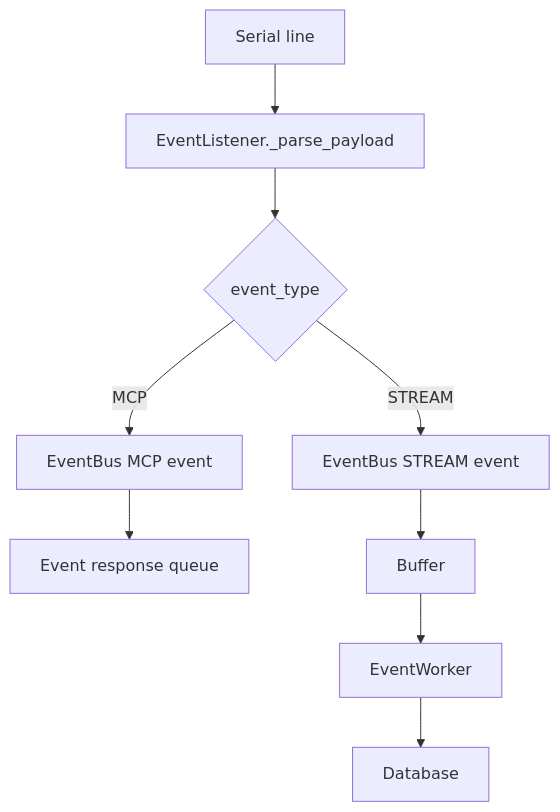
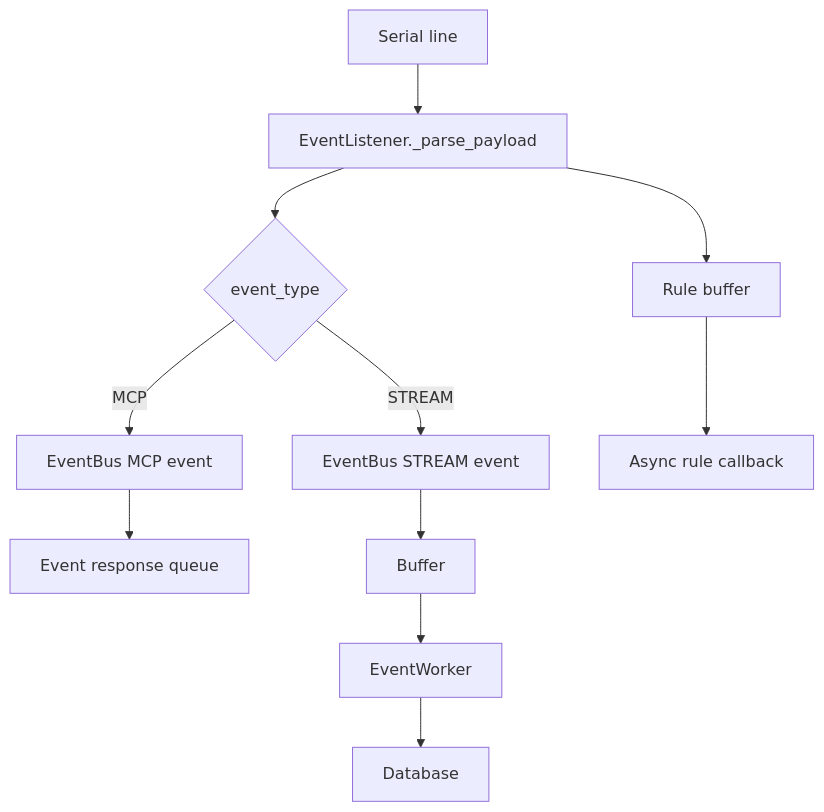
The first of 2 diagrams in src/gerbera_sdk/events/README.md (BaronLiu1993/gerbera), drawn with Mermaid before and after one commit. The commit also changed other lines of this file and 16 other files, not shown here.

````diff
--- a/src/gerbera_sdk/events/README.md
+++ b/src/gerbera_sdk/events/README.md
@@ -35,11 +37,13 @@
 ```mermaid
 flowchart TD
     A[Serial line] --> B[EventListener._parse_payload]
     B --> C{event_type}
     C -->|MCP| D[EventBus MCP event]
     C -->|STREAM| E[EventBus STREAM event]
     D --> F[Event response queue]
     E --> G[Buffer]
+    B --> R[Rule buffer]
+    R --> S[Async rule callback]
     G --> H[EventWorker]
     H --> I[Database]
 ```
````
